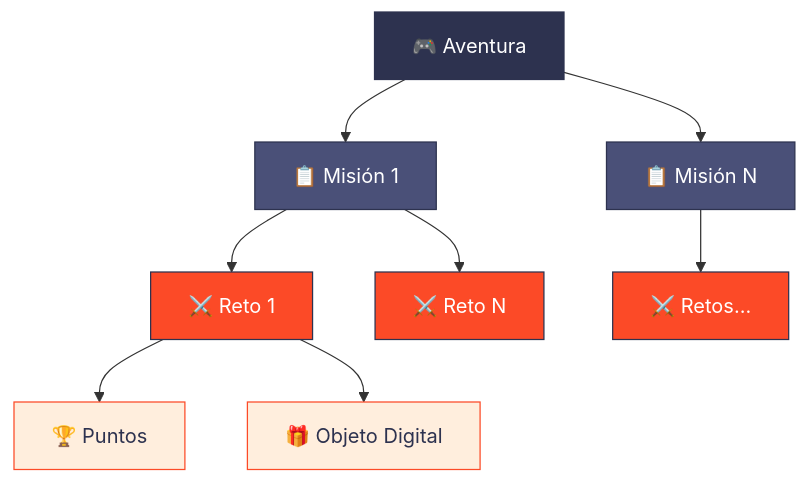
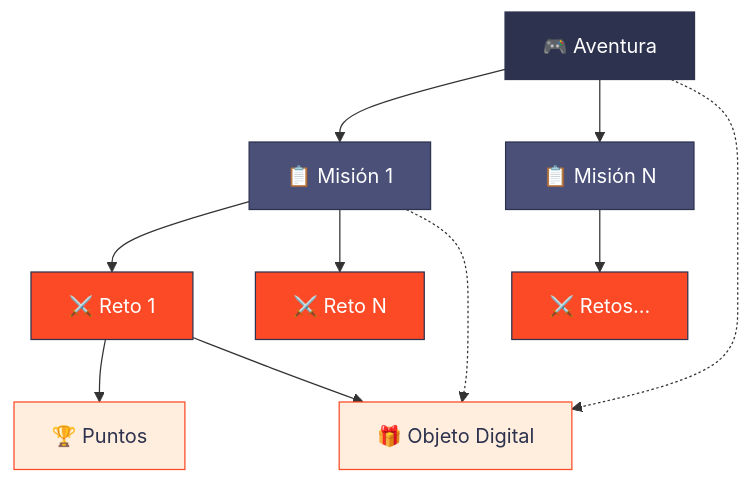
One commit to adventuriq/adventuriq.github.io changed the diagram in docs/intro.md. Above: the diagram before and after it, drawn with Mermaid. The commit also changed other lines of this file, not shown here.

Commit message:
Corrección de diagrama base en Qué es AdevnturiQ

````diff
--- a/docs/intro.md
+++ b/docs/intro.md
@@ -58,15 +58,17 @@
 ```mermaid
 flowchart TD
     A["🎮 Aventura"]:::aventura --> M1["📋 Misión 1"]:::mision
     A --> M2["📋 Misión N"]:::mision
     M1 --> R1["⚔️ Reto 1"]:::reto
     M1 --> R2["⚔️ Reto N"]:::reto
     M2 --> R3["⚔️ Retos..."]:::reto
     R1 --> P["🏆 Puntos"]:::objeto
     R1 --> O["🎁 Objeto Digital"]:::objeto
+    M1 -.-> O
+    A -.-> O
 
     classDef aventura fill:#2d324f,stroke:#2d324f,color:#fff
     classDef mision fill:#4a5078,stroke:#2d324f,color:#fff
     classDef reto fill:#fc4a27,stroke:#2d324f,color:#fff
     classDef objeto fill:#ffeedd,stroke:#fc4a27,color:#2d324f
 ```
````
